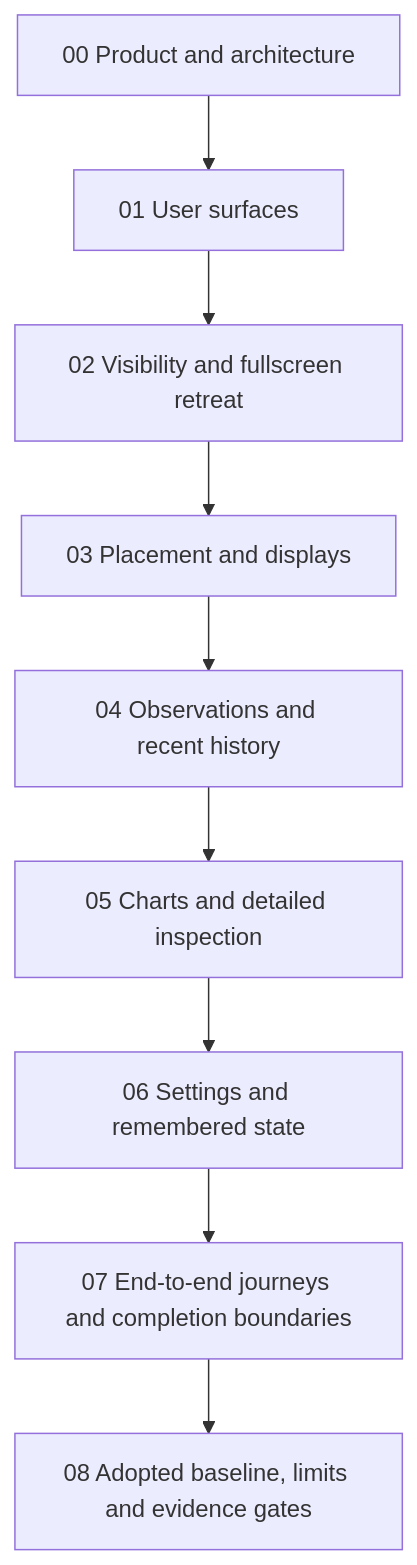
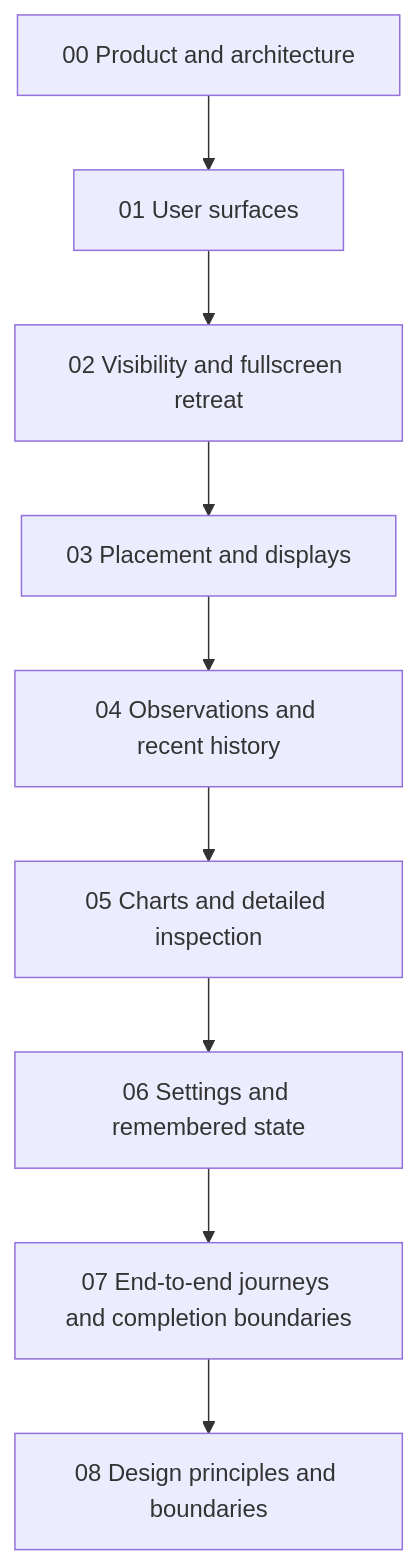
The second of 2 diagrams in spec/README.md (Wh1isper/MyFinder), drawn with Mermaid before and after one commit. The commit also changed other lines of this file and 48 other files, not shown here.

````diff
--- a/spec/README.md
+++ b/spec/README.md
@@ -26,11 +26,11 @@
 ```mermaid
 flowchart TD
     A["00 Product and architecture"] --> B["01 User surfaces"]
     B --> C["02 Visibility and fullscreen retreat"]
     C --> D["03 Placement and displays"]
     D --> E["04 Observations and recent history"]
     E --> F["05 Charts and detailed inspection"]
     F --> G["06 Settings and remembered state"]
     G --> H["07 End-to-end journeys and completion boundaries"]
-    H --> I["08 Adopted baseline, limits and evidence gates"]
+    H --> I["08 Design principles and boundaries"]
 ```
````
